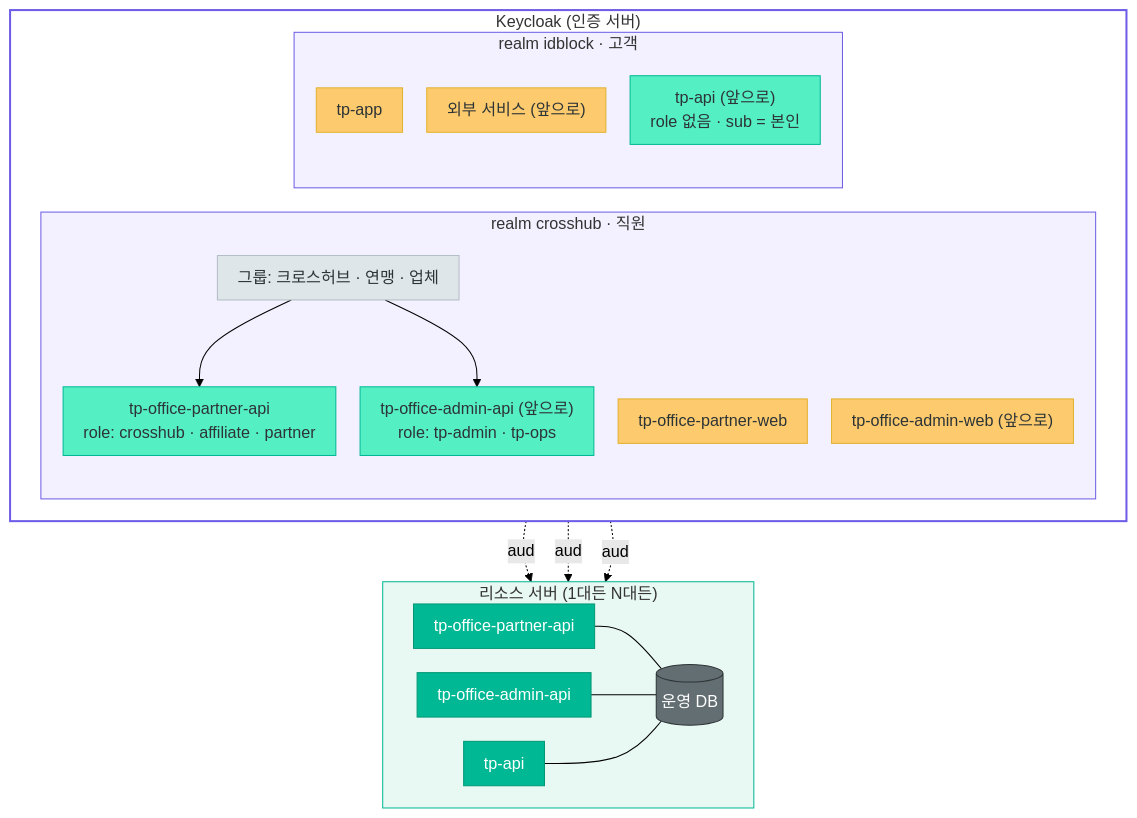
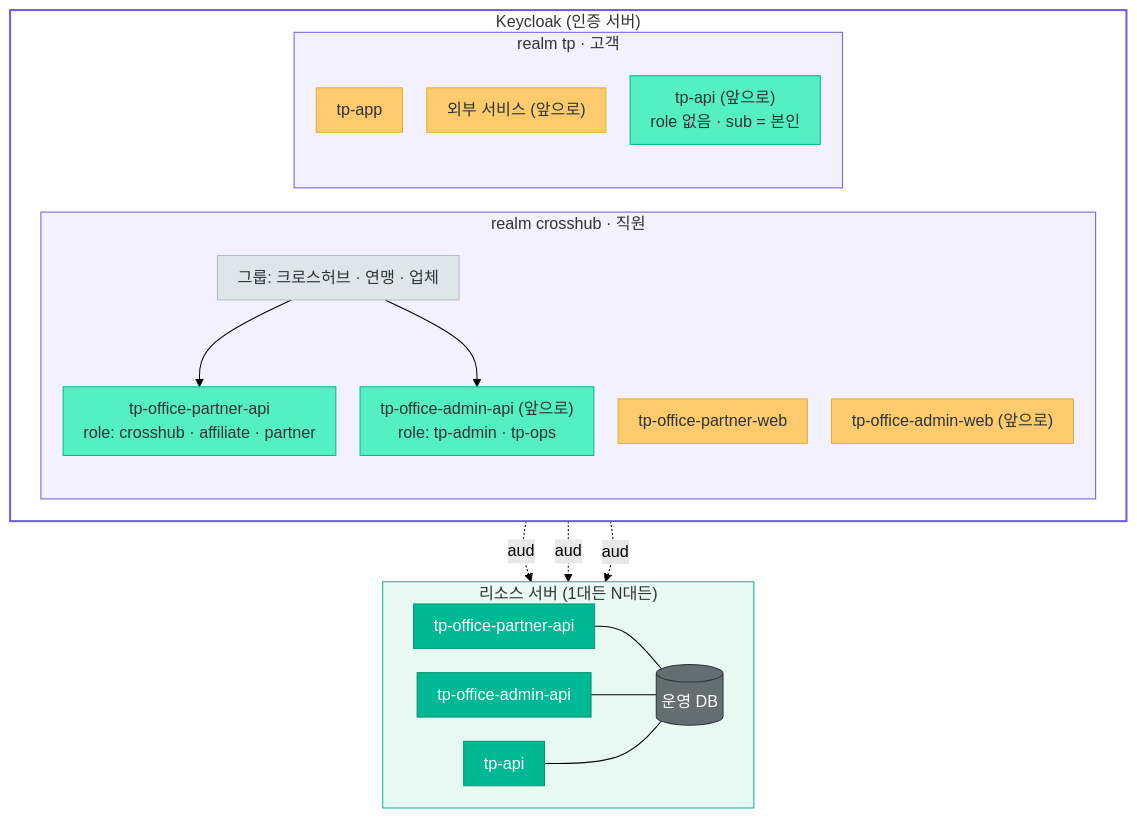
Before and after one commit to crosshub-poc-backoffice/travelpass-backoffice-BE: the second of 4 diagrams in docs/architecture-overview.md, drawn with Mermaid (forest theme). The commit also changed other lines of this file and 20 other files, not shown here.

````diff
--- a/docs/architecture-overview.md
+++ b/docs/architecture-overview.md
@@ -72,53 +72,53 @@
 ```mermaid
 %%{init: {"flowchart": {"wrappingWidth": 480, "nodeSpacing": 24, "rankSpacing": 36, "padding": 10}}}%%
 flowchart TB
   subgraph KC["Keycloak (인증 서버)"]
     direction LR
     subgraph R1["realm crosshub · 직원"]
       direction TB
       G1["그룹: 크로스허브 · 연맹 · 업체"]
       L1a["tp-office-partner-web"]
       L1b["tp-office-admin-web (앞으로)"]
       N1a["tp-office-partner-api<br/>role: crosshub · affiliate · partner"]
       N1b["tp-office-admin-api (앞으로)<br/>role: tp-admin · tp-ops"]
       G1 --> N1a
       G1 --> N1b
     end
-    subgraph R2["realm idblock · 고객"]
+    subgraph R2["realm tp · 고객"]
       direction TB
       L2a["tp-app"]
       L2b["외부 서비스 (앞으로)"]
       N2["tp-api (앞으로)<br/>role 없음 · sub = 본인"]
     end
   end
 
   subgraph RS["리소스 서버 (1대든 N대든)"]
     direction LR
     P["tp-office-partner-api"]
     O["tp-office-admin-api"]
     T["tp-api"]
     DB[("운영 DB")]
     P --- DB
     O --- DB
     T --- DB
   end
 
   N1a -. aud .-> P
   N1b -. aud .-> O
   N2 -. aud .-> T
 
   classDef app fill:#FDCB6E,stroke:#e1b12c,color:#2d3436
   classDef tag fill:#55efc4,stroke:#00B894,color:#2d3436
   classDef grp fill:#dfe6e9,stroke:#b2bec3,color:#2d3436
   classDef rs fill:#00B894,stroke:#019875,color:#fff
   classDef db fill:#636e72,stroke:#2d3436,color:#fff
   class L1a,L1b,L2a,L2b app
   class N1a,N1b,N2 tag
   class G1 grp
   class P,O,T rs
   class DB db
   style R1 fill:#f3f0ff,stroke:#6C5CE7
   style R2 fill:#f3f0ff,stroke:#6C5CE7
   style KC fill:#ffffff,stroke:#6C5CE7,stroke-width:2px
   style RS fill:#e8f8f3,stroke:#00B894
 ```
````
